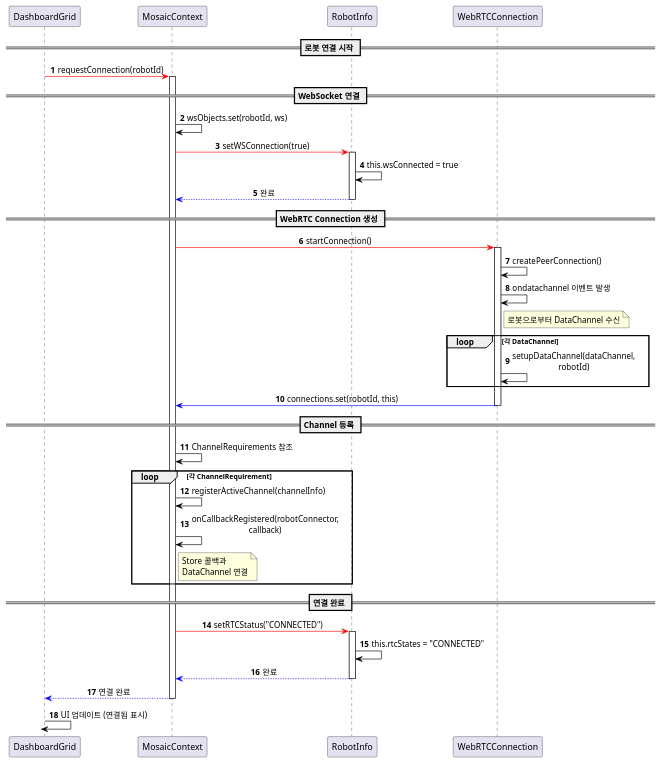
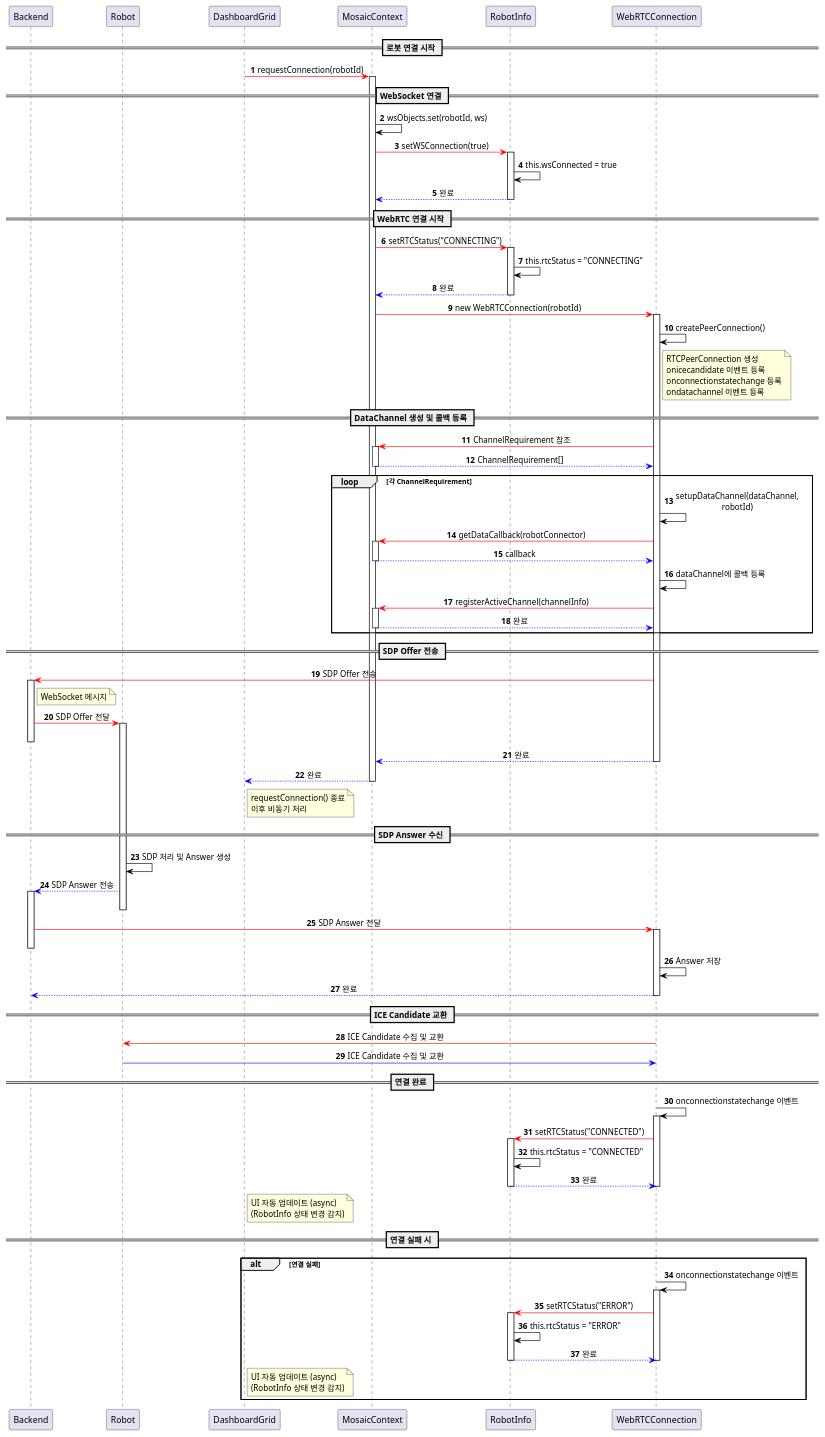
The diagram in diagram/sequence_robot_connection.puml (ACSL-MOSAIC/MOSAIC-Server), drawn with PlantUML before and after one commit. The commit also changed 3 other files, not shown here.

```diff
--- a/diagram/sequence_robot_connection.puml
+++ b/diagram/sequence_robot_connection.puml
@@ -1,72 +1,143 @@
 @startuml
 skinparam sequenceMessageAlign center
 skinparam maxMessageSize 250
 autonumber
 
+participant "Backend" as Backend
+participant "Robot" as Robot
 participant "DashboardGrid" as DashboardGrid
 participant "MosaicContext" as MosaicContext
 participant "RobotInfo" as RobotInfo
 participant "WebRTCConnection" as WebRTCConnection
 
 == 로봇 연결 시작 ==
 
 DashboardGrid -[#red]> MosaicContext: requestConnection(robotId)
 activate MosaicContext
 
 == WebSocket 연결 ==
 
 MosaicContext -[#black]> MosaicContext: wsObjects.set(robotId, ws)
 
 MosaicContext -[#red]> RobotInfo: setWSConnection(true)
 activate RobotInfo
 RobotInfo -[#black]> RobotInfo: this.wsConnected = true
 RobotInfo --[#blue]> MosaicContext: 완료
 deactivate RobotInfo
 
-== WebRTC Connection 생성 ==
+== WebRTC 연결 시작 ==
 
-MosaicContext -[#red]> WebRTCConnection: startConnection()
+MosaicContext -[#red]> RobotInfo: setRTCStatus("CONNECTING")
+activate RobotInfo
+RobotInfo -[#black]> RobotInfo: this.rtcStatus = "CONNECTING"
+RobotInfo --[#blue]> MosaicContext: 완료
+deactivate RobotInfo
+
+MosaicContext -[#red]> WebRTCConnection: new WebRTCConnection(robotId)
 activate WebRTCConnection
 
 WebRTCConnection -[#black]> WebRTCConnection: createPeerConnection()
+note right of WebRTCConnection: RTCPeerConnection 생성\nonicecandidate 이벤트 등록\nonconnectionstatechange 등록\nondatachannel 이벤트 등록
 
+== DataChannel 생성 및 콜백 등록 ==
 
+WebRTCConnection -[#red]> MosaicContext: ChannelRequirement 참조
+activate MosaicContext
 
-WebRTCConnection -[#black]> WebRTCConnection: ondatachannel 이벤트 발생
-note right of WebRTCConnection: 로봇으로부터 DataChannel 수신
+MosaicContext --[#blue]> WebRTCConnection: ChannelRequirement[]
+deactivate MosaicContext
 
-loop 각 DataChannel
+loop 각 ChannelRequirement
   WebRTCConnection -[#black]> WebRTCConnection: setupDataChannel(dataChannel, robotId)
+  
+  WebRTCConnection -[#red]> MosaicContext: getDataCallback(robotConnector)
+  activate MosaicContext
+  
+  MosaicContext --[#blue]> WebRTCConnection: callback
+  deactivate MosaicContext
+  
+  WebRTCConnection -[#black]> WebRTCConnection: dataChannel에 콜백 등록
+  
+  WebRTCConnection -[#red]> MosaicContext: registerActiveChannel(channelInfo)
+  activate MosaicContext
+  
+  MosaicContext --[#blue]> WebRTCConnection: 완료
+  deactivate MosaicContext
 end
 
-WebRTCConnection -[#blue]> MosaicContext: connections.set(robotId, this)
+== SDP Offer 전송 ==
+
+WebRTCConnection -[#red]> Backend: SDP Offer 전송
+activate Backend
+note right of Backend: WebSocket 메시지
+
+Backend -[#red]> Robot: SDP Offer 전달
+activate Robot
+deactivate Backend
+
+WebRTCConnection --[#blue]> MosaicContext: 완료
+deactivate WebRTCConnection
+
+MosaicContext --[#blue]> DashboardGrid: 완료
+deactivate MosaicContext
+
+note right of DashboardGrid: requestConnection() 종료\n이후 비동기 처리
+
+== SDP Answer 수신 ==
+
+Robot -[#black]> Robot: SDP 처리 및 Answer 생성
+
+Robot --[#blue]> Backend: SDP Answer 전송
+activate Backend
+deactivate Robot
+
+Backend -[#red]> WebRTCConnection: SDP Answer 전달
+activate WebRTCConnection
+deactivate Backend
+
+WebRTCConnection -[#black]> WebRTCConnection: Answer 저장
+
+WebRTCConnection --[#blue]> Backend: 완료
+deactivate WebRTCConnection
+
+== ICE Candidate 교환 ==
+
+WebRTCConnection -[#red]> Robot: ICE Candidate 수집 및 교환
+Robot -[#blue]> WebRTCConnection: ICE Candidate 수집 및 교환
+
+== 연결 완료 ==
+
+WebRTCConnection -[#black]> WebRTCConnection: onconnectionstatechange 이벤트
+activate WebRTCConnection
+
+WebRTCConnection -[#red]> RobotInfo: setRTCStatus("CONNECTED")
+activate RobotInfo
+
+RobotInfo -[#black]> RobotInfo: this.rtcStatus = "CONNECTED"
+
+RobotInfo --[#blue]> WebRTCConnection: 완료
+deactivate RobotInfo
 
 deactivate WebRTCConnection
 
-== Channel 등록 ==
+note right of DashboardGrid: UI 자동 업데이트 (async)\n(RobotInfo 상태 변경 감지)
 
-MosaicContext -[#black]> MosaicContext: ChannelRequirements 참조
+== 연결 실패 시 ==
 
-loop 각 ChannelRequirement
-  MosaicContext -[#black]> MosaicContext: registerActiveChannel(channelInfo)
-
-  MosaicContext -[#black]> MosaicContext: onCallbackRegistered(robotConnector, callback)
-  note right of MosaicContext: Store 콜백과\nDataChannel 연결
+alt 연결 실패
+  WebRTCConnection -[#black]> WebRTCConnection: onconnectionstatechange 이벤트
+  activate WebRTCConnection
+  
+  WebRTCConnection -[#red]> RobotInfo: setRTCStatus("ERROR")
+  activate RobotInfo
+  
+  RobotInfo -[#black]> RobotInfo: this.rtcStatus = "ERROR"
+  
+  RobotInfo --[#blue]> WebRTCConnection: 완료
+  deactivate RobotInfo
+  
+  deactivate WebRTCConnection
+  
+  note right of DashboardGrid: UI 자동 업데이트 (async)\n(RobotInfo 상태 변경 감지)
 end
-
-== 연결 완료 ==
-
-MosaicContext -[#red]> RobotInfo: setRTCStatus("CONNECTED")
-activate RobotInfo
-RobotInfo -[#black]> RobotInfo: this.rtcStates = "CONNECTED"
-RobotInfo --[#blue]> MosaicContext: 완료
-deactivate RobotInfo
-
-MosaicContext --[#blue]> DashboardGrid: 연결 완료
-deactivate MosaicContext
-
-DashboardGrid -[#black]> DashboardGrid: UI 업데이트 (연결됨 표시)
-
-deactivate DashboardGrid
-
 @enduml
```
